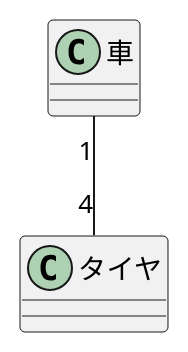
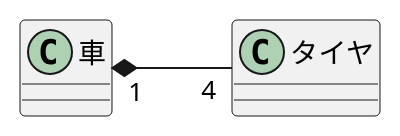
The diagram in 演習3-4_クラス図.pu (itouayumu/uml-introduction-), drawn with PlantUML before and after one commit.

Commit message:
修正

```diff
--- a/演習3-4_クラス図.pu
+++ b/演習3-4_クラス図.pu
@@ -1,5 +1,7 @@
 @startuml
+left to right direction
+
 class 車{}
 class タイヤ{}
-車 "1"--"4"タイヤ
+車 "1"*--"4"タイヤ
 @enduml
```
